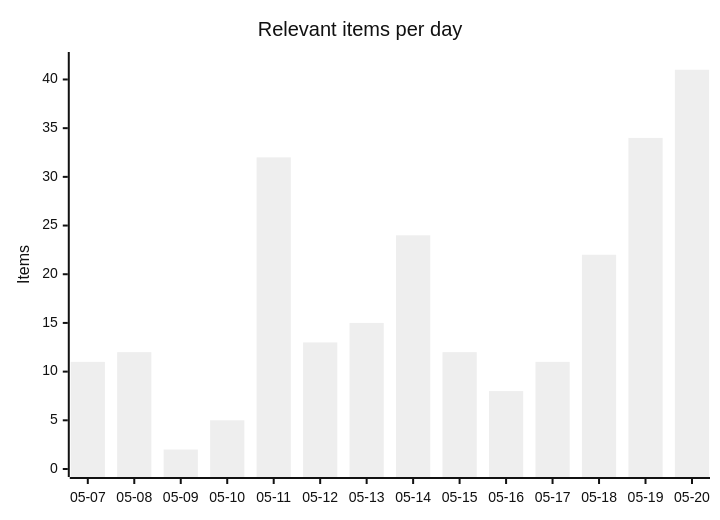
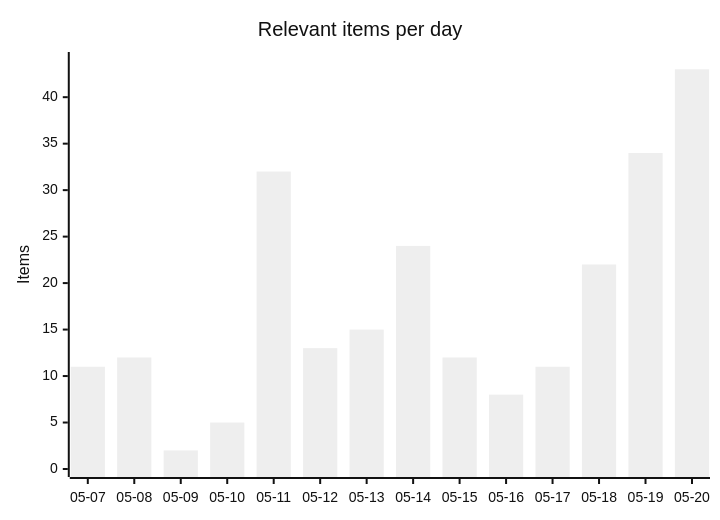
One commit to martinbalfanz/social-scanner-reports changed the first of 4 diagrams in README.md. Above: the diagram before and after it, drawn with Mermaid (neutral theme). The commit also changed other lines of this file and 4 other files, not shown here.

````diff
--- a/README.md
+++ b/README.md
@@ -30,7 +30,7 @@
 ```mermaid
 xychart-beta
     title "Relevant items per day"
     x-axis ["05-07", "05-08", "05-09", "05-10", "05-11", "05-12", "05-13", "05-14", "05-15", "05-16", "05-17", "05-18", "05-19", "05-20"]
-    y-axis "Items" 0 --> 42
-    bar [11, 12, 2, 5, 32, 13, 15, 24, 12, 8, 11, 22, 34, 41]
+    y-axis "Items" 0 --> 44
+    bar [11, 12, 2, 5, 32, 13, 15, 24, 12, 8, 11, 22, 34, 43]
 ```
````
